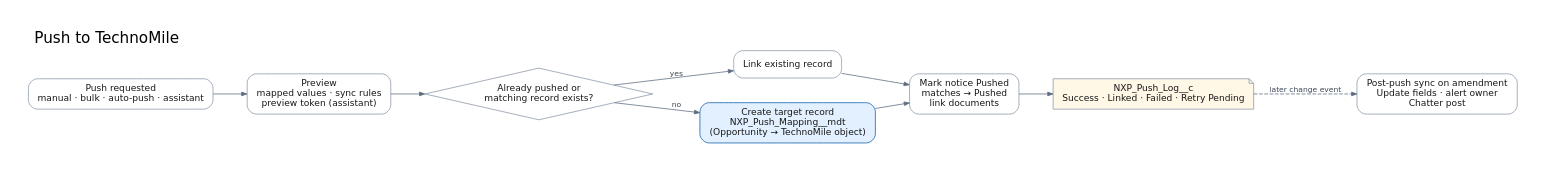
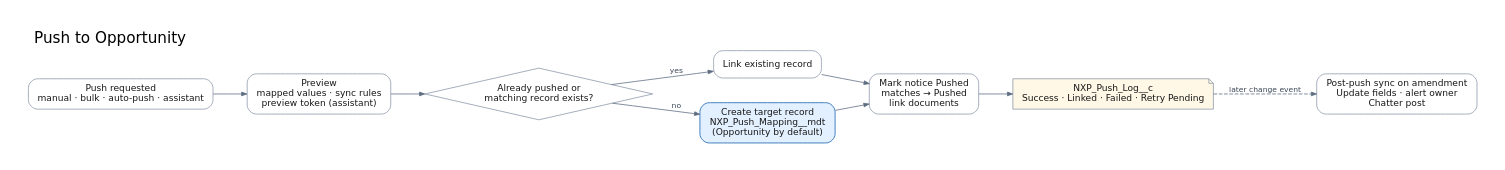
The diagram in docs/diagrams/src/05-push-workflow.dot (Hectorcaban-sudo/Nexus-Pursuit-Hub), drawn with Graphviz before and after one commit. The commit also changed 71 other files, not shown here.

First line of the commit message:
Rename TechnoMile to Opportunity throughout

```diff
--- a/docs/diagrams/src/05-push-workflow.dot
+++ b/docs/diagrams/src/05-push-workflow.dot
@@ -1,19 +1,19 @@
 digraph G {
   graph [fontname="DejaVu Sans", fontsize=20, labelloc=t, labeljust=l, pad=0.4, nodesep=0.45, ranksep=0.6, bgcolor="white", color="#C9CED6"];
   node  [fontname="DejaVu Sans", fontsize=12, shape=box, style="rounded,filled", fillcolor="#FFFFFF", color="#8A96A8", fontcolor="#181818", margin="0.18,0.10"];
   edge  [fontname="DejaVu Sans", fontsize=10, color="#5C6B80", fontcolor="#3B4656", arrowsize=0.7];
-  label="Push to TechnoMile\n";
+  label="Push to Opportunity\n";
   rankdir=LR;
   start [label="Push requested\nmanual · bulk · auto-push · assistant"];
   pv [label="Preview\nmapped values · sync rules\npreview token (assistant)"];
   dup [label="Already pushed or\nmatching record exists?", shape=diamond, style="filled", fillcolor="#FFFFFF", margin="0.05,0.05"];
   link [label="Link existing record"];
-  cr [label="Create target record\nNXP_Push_Mapping__mdt\n(Opportunity → TechnoMile object)", fillcolor="#E3F0FF", color="#0B5CAB"];
+  cr [label="Create target record\nNXP_Push_Mapping__mdt\n(Opportunity by default)", fillcolor="#E3F0FF", color="#0B5CAB"];
   mark [label="Mark notice Pushed\nmatches → Pushed\nlink documents"];
   log [label="NXP_Push_Log__c\nSuccess · Linked · Failed · Retry Pending", shape=note, fillcolor="#FFF8E6"];
   sync [label="Post-push sync on amendment\nUpdate fields · alert owner\nChatter post"];
   start -> pv -> dup;
   dup -> link [label="yes"]; dup -> cr [label="no"];
   link -> mark; cr -> mark; mark -> log;
   log -> sync [style=dashed, label="later change event"];
 }
```
